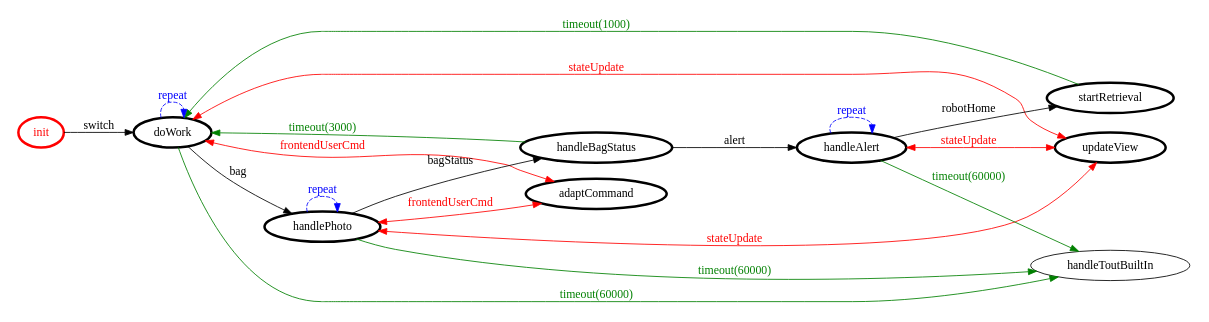
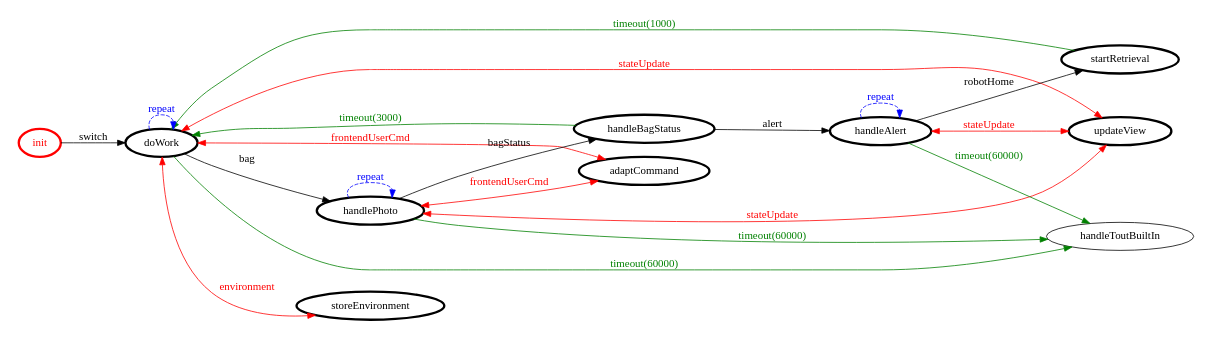
The diagram in project/srcMore/it/unibo/console/console.gv (NiccoMlt/ISS-2018-Final-Task), drawn with Graphviz before and after one commit. The commit also changed 7 other files, not shown here.

```diff
--- a/project/srcMore/it/unibo/console/console.gv
+++ b/project/srcMore/it/unibo/console/console.gv
@@ -1,39 +1,41 @@
 /*
 *
 * A GraphViz DOT FSM description 
 * Please use a GraphViz visualizer (like http://www.webgraphviz.com)
 *  
 */
 
 digraph finite_state_machine {
 	rankdir=LR
 	size="8,5"
 	
 	init [ color = red ][ fontcolor = red ][ penwidth = 3 ]
 	startRetrieval [ color = black ][ fontcolor = black ][ penwidth = 3 ]
 	updateView [ color = black ][ fontcolor = black ][ penwidth = 3 ]
+	storeEnvironment [ color = black ][ fontcolor = black ][ penwidth = 3 ]
 	doWork [ color = black ][ fontcolor = black ][ penwidth = 3 ]
 	handlePhoto [ color = black ][ fontcolor = black ][ penwidth = 3 ]
 	adaptCommand [ color = black ][ fontcolor = black ][ penwidth = 3 ]
 	handleBagStatus [ color = black ][ fontcolor = black ][ penwidth = 3 ]
 	handleAlert [ color = black ][ fontcolor = black ][ penwidth = 3 ]
 	
 	doWork -> handlePhoto [ label = "bag" ][ color = black ][ fontcolor = black ]
 	doWork -> handleToutBuiltIn [ label = "timeout(60000)" ][ color = green ][ fontcolor = green ]
 	handlePhoto -> updateView [ label = "stateUpdate" ][ color = red ][ fontcolor = red ][ dir = both ]
 	handlePhoto -> handleToutBuiltIn [ label = "timeout(60000)" ][ color = green ][ fontcolor = green ]
 	doWork -> updateView [ label = "stateUpdate" ][ color = red ][ fontcolor = red ][ dir = both ]
 	startRetrieval -> doWork [ label = "timeout(1000)" ][ color = green ][ fontcolor = green ]
 	doWork -> doWork [ label = "repeat "][ style = dashed ][ color = blue ][ fontcolor = blue ]
 	handleBagStatus -> handleAlert [ label = "alert" ][ color = black ][ fontcolor = black ]
 	handlePhoto -> adaptCommand [ label = "frontendUserCmd" ][ color = red ][ fontcolor = red ][ dir = both ]
+	doWork -> storeEnvironment [ label = "environment" ][ color = red ][ fontcolor = red ][ dir = both ]
 	handleAlert -> updateView [ label = "stateUpdate" ][ color = red ][ fontcolor = red ][ dir = both ]
 	init -> doWork [ label = "switch" ][ color = black ][ fontcolor = black ]
 	handlePhoto -> handleBagStatus [ label = "bagStatus" ][ color = black ][ fontcolor = black ]
 	handleAlert -> handleAlert [ label = "repeat "][ style = dashed ][ color = blue ][ fontcolor = blue ]
 	handleBagStatus -> doWork [ label = "timeout(3000)" ][ color = green ][ fontcolor = green ]
 	handlePhoto -> handlePhoto [ label = "repeat "][ style = dashed ][ color = blue ][ fontcolor = blue ]
 	handleAlert -> handleToutBuiltIn [ label = "timeout(60000)" ][ color = green ][ fontcolor = green ]
 	handleAlert -> startRetrieval [ label = "robotHome" ][ color = black ][ fontcolor = black ]
 	doWork -> adaptCommand [ label = "frontendUserCmd" ][ color = red ][ fontcolor = red ][ dir = both ]
 }
```
